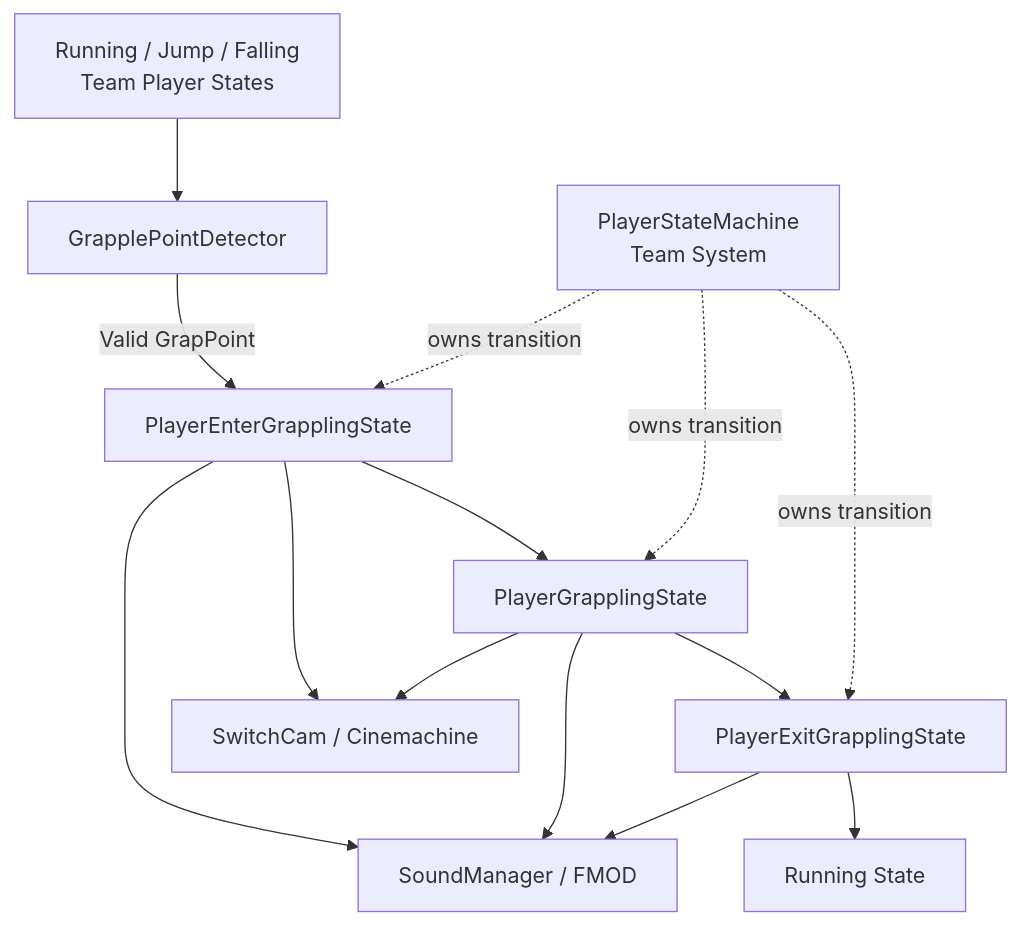
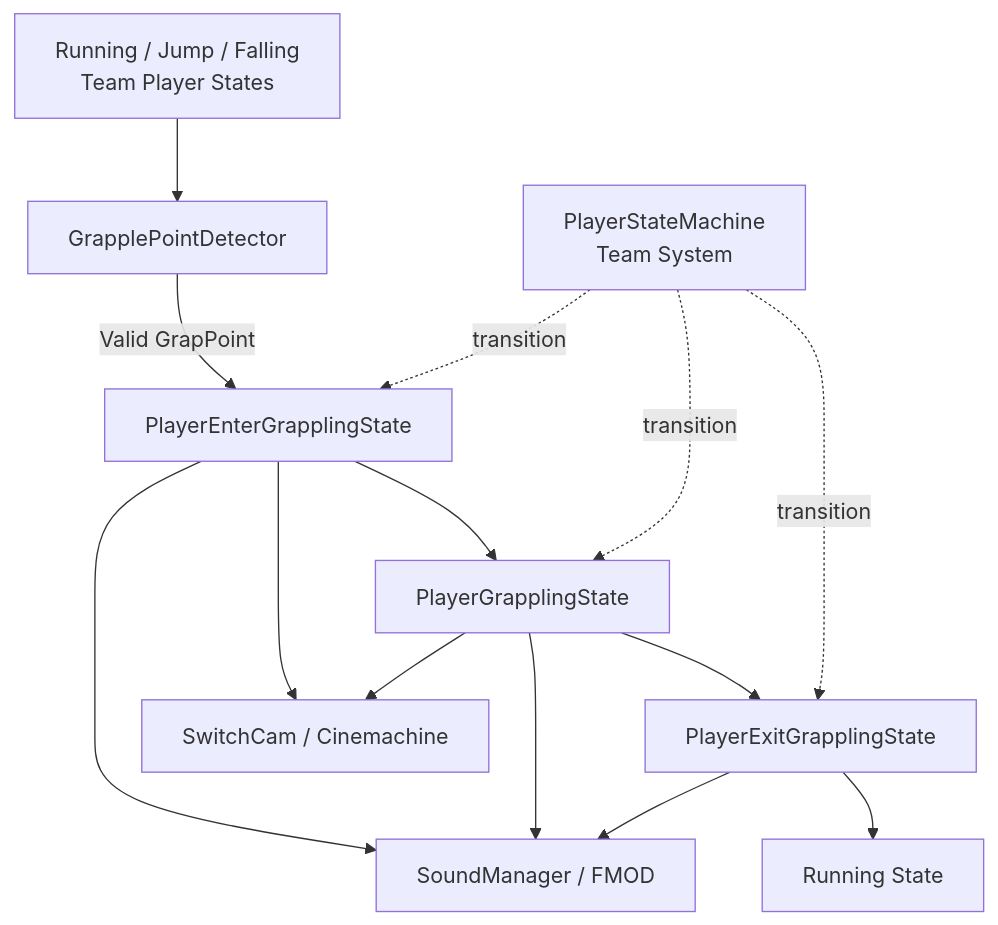
Before and after one commit to DuckBaee/DoDoDoIt-Client-Portfolio: the first of 3 diagrams in Docs/RopeArchitecture.md, drawn with Mermaid. The commit also changed other lines of this file and 7 other files, not shown here.

````diff
--- a/Docs/RopeArchitecture.md
+++ b/Docs/RopeArchitecture.md
@@ -5,18 +7,18 @@
 ```mermaid
 flowchart TD
     Input[Running / Jump / Falling<br/>Team Player States] --> Detector[GrapplePointDetector]
     Detector -->|Valid GrapPoint| Enter[PlayerEnterGrapplingState]
     Enter --> Swing[PlayerGrapplingState]
     Swing --> Exit[PlayerExitGrapplingState]
     Exit --> Running[Running State]
 
-    StateMachine[PlayerStateMachine<br/>Team System] -. owns transition .-> Enter
-    StateMachine -. owns transition .-> Swing
-    StateMachine -. owns transition .-> Exit
+    StateMachine[PlayerStateMachine<br/>Team System] -. transition .-> Enter
+    StateMachine -. transition .-> Swing
+    StateMachine -. transition .-> Exit
 
     Enter --> Camera[SwitchCam / Cinemachine]
     Swing --> Camera
     Enter --> Sound[SoundManager / FMOD]
     Swing --> Sound
     Exit --> Sound
 ```
````
